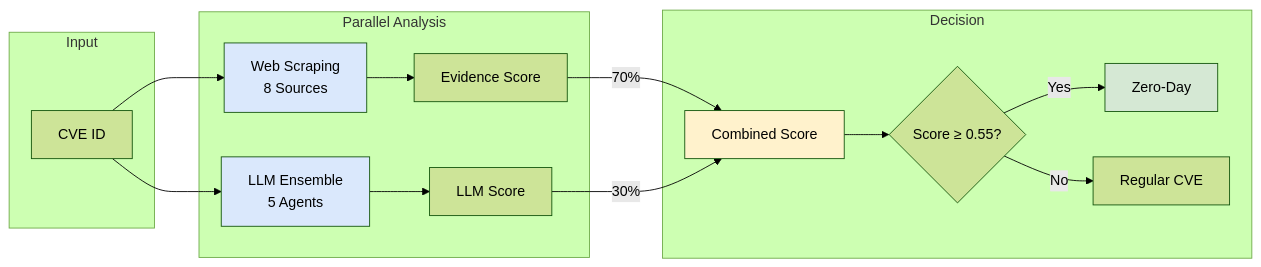
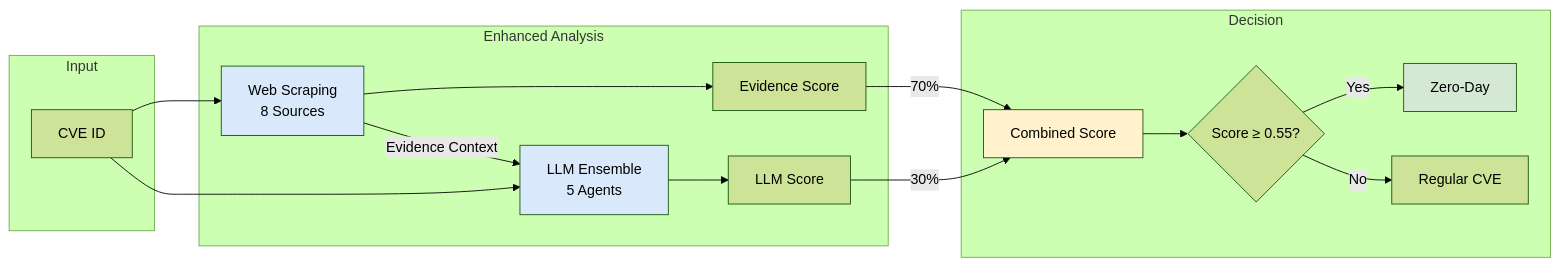
One commit to lodetomasi/zero-day-llm-ensemble changed the diagram in README.md. Above: the diagram before and after it, drawn with Mermaid (forest theme). The commit also changed other lines of this file and 3 other files, not shown here.

First line of the commit message:
Enhance LLM analysis with evidence context

````diff
--- a/README.md
+++ b/README.md
@@ -67,28 +78,28 @@
 ```mermaid
 graph LR
     subgraph "Input"
         CVE[CVE ID]
     end
     
-    subgraph "Parallel Analysis"
+    subgraph "Enhanced Analysis"
         CVE --> Web[Web Scraping<br/>8 Sources]
-        CVE --> LLM[LLM Ensemble<br/>5 Agents]
-        
         Web --> Evidence[Evidence Score]
+        Web --> |Evidence Context| LLM[LLM Ensemble<br/>5 Agents]
+        CVE --> LLM
         LLM --> Prediction[LLM Score]
     end
     
     subgraph "Decision"
         Evidence --> |70%| Final[Combined Score]
         Prediction --> |30%| Final
         
         Final --> Thresh{Score ≥ 0.55?}
         Thresh -->|Yes| ZD[Zero-Day]
         Thresh -->|No| Reg[Regular CVE]
     end
     
     style Web fill:#dae8fc
     style LLM fill:#dae8fc
     style Final fill:#fff2cc
     style ZD fill:#d5e8d4
 ```
````
